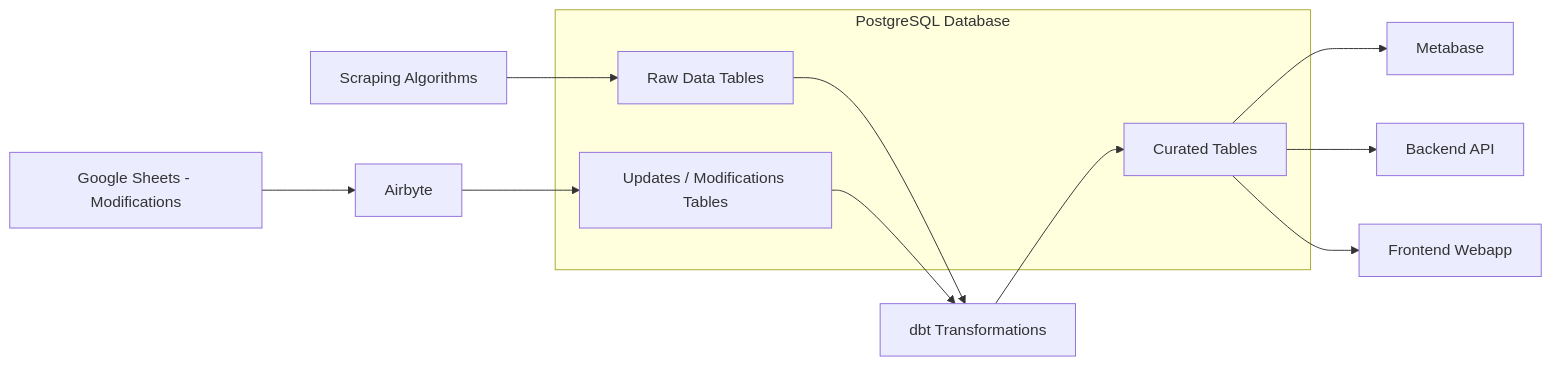
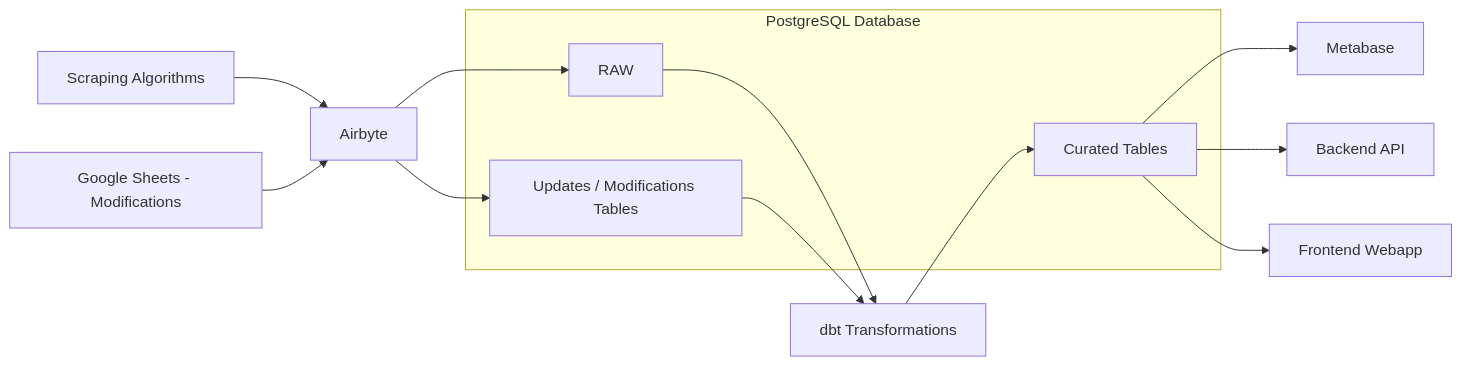
Before and after one commit to dataforgoodfr/13_reveler_inegalites_cinema: the diagram in docs/architecture/processus-validation-mise-a-jour-donnees-cinema.md, drawn with Mermaid. The commit also changed 1 other file, not shown here.

Commit message:
docs: update flowchart in data update process documentation

````diff
--- a/docs/architecture/processus-validation-mise-a-jour-donnees-cinema.md
+++ b/docs/architecture/processus-validation-mise-a-jour-donnees-cinema.md
@@ -51,19 +51,19 @@
 ```mermaid
 flowchart LR
-    SCRAP[Scraping Algorithms] --> RAW[Raw Data Tables]
-    GS[Google Sheets - Modifications] --> AB[Airbyte]
+    SCRAP[Scraping Algorithms] --> AB[Airbyte]
+    GS[Google Sheets - Modifications] --> AB
     AB --> UPD[Updates / Modifications Tables]
-
+    AB --> RAW
     subgraph PG[PostgreSQL Database]
         RAW
         UPD
         CUR[Curated Tables]
     end
 
     RAW --> DBT[dbt Transformations]
     UPD --> DBT
     DBT --> CUR
     CUR --> META[Metabase]
     CUR --> API[Backend API]
     CUR --> FE[Frontend Webapp]
 ```
````
